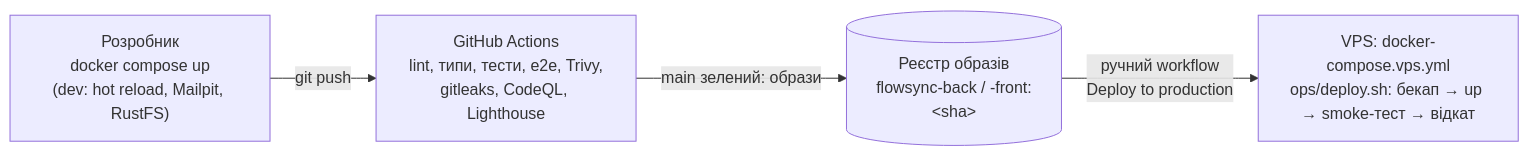
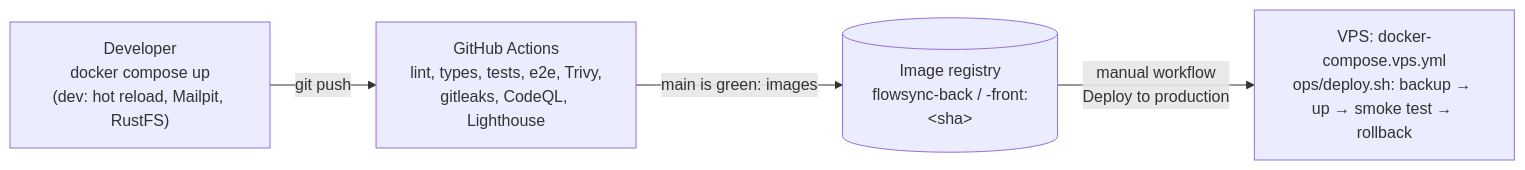
One commit to BurlakaM/flowsync changed the fifth of 5 diagrams in docs/ARCHITECTURE.md. Above: the diagram before and after it, drawn with Mermaid. The commit also changed other lines of this file and 62 other files, not shown here.

````diff
--- a/docs/ARCHITECTURE.md
+++ b/docs/ARCHITECTURE.md
@@ -158,10 +158,10 @@
 ```mermaid
 flowchart LR
-    dev["Розробник<br/>docker compose up<br/>(dev: hot reload, Mailpit, RustFS)"]
-    gh["GitHub Actions<br/>lint, типи, тести, e2e, Trivy,<br/>gitleaks, CodeQL, Lighthouse"]
-    reg[("Реєстр образів<br/>flowsync-back / -front:&lt;sha&gt;")]
-    vps["VPS: docker-compose.vps.yml<br/>ops/deploy.sh: бекап → up → smoke-тест → відкат"]
+    dev["Developer<br/>docker compose up<br/>(dev: hot reload, Mailpit, RustFS)"]
+    gh["GitHub Actions<br/>lint, types, tests, e2e, Trivy,<br/>gitleaks, CodeQL, Lighthouse"]
+    reg[("Image registry<br/>flowsync-back / -front:&lt;sha&gt;")]
+    vps["VPS: docker-compose.vps.yml<br/>ops/deploy.sh: backup → up → smoke test → rollback"]
 
-    dev -->|"git push"| gh -->|"main зелений: образи"| reg
-    reg -->|"ручний workflow<br/>Deploy to production"| vps
+    dev -->|"git push"| gh -->|"main is green: images"| reg
+    reg -->|"manual workflow<br/>Deploy to production"| vps
 ```
````
